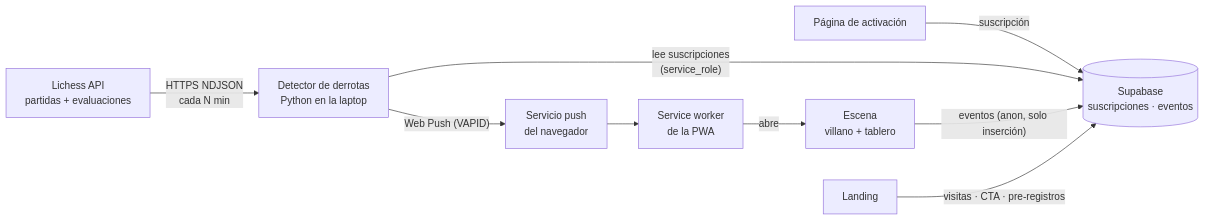
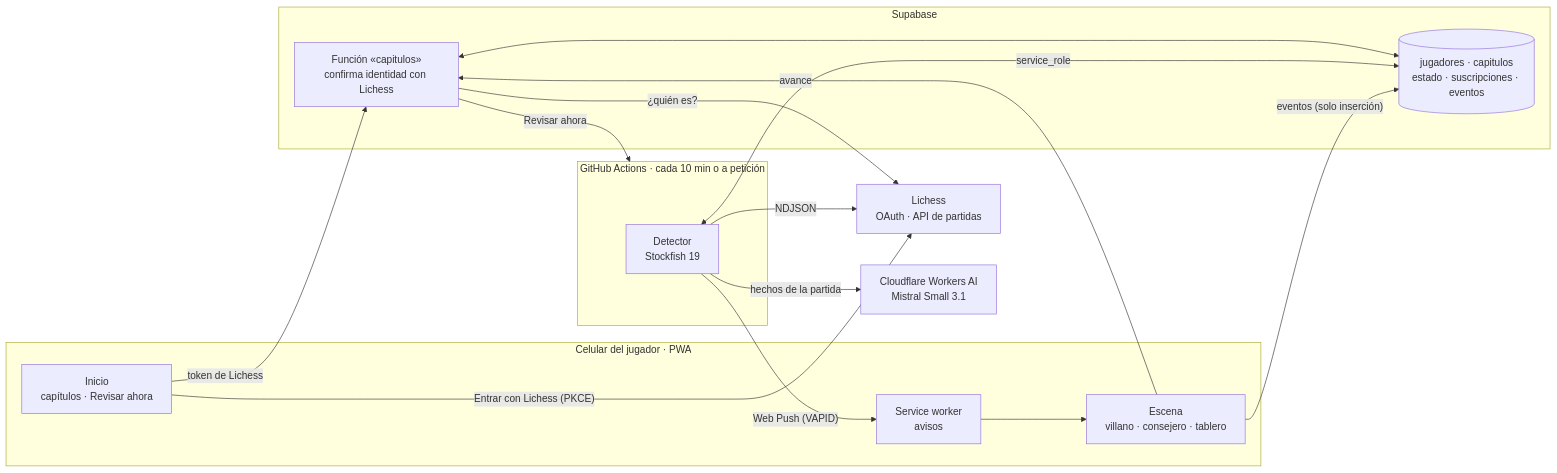
One commit to Vidddda/Portafolio-193167 changed the diagram in docs/proyecto_final.md. Above: the diagram before and after it, drawn with Mermaid. The commit also changed other lines of this file and 1 other file, not shown here.

Commit message:
PI4: proyecto final y README con el prototipo del 24/11/2026

````diff
--- a/docs/proyecto_final.md
+++ b/docs/proyecto_final.md
@@ -182,11 +182,30 @@
 ```mermaid
 flowchart LR
-    LI["Lichess API<br/>partidas + evaluaciones"] -->|"HTTPS NDJSON<br/>cada N min"| DET["Detector de derrotas<br/>Python en la laptop"]
-    DET -->|"Web Push (VAPID)"| PUSH["Servicio push<br/>del navegador"]
-    PUSH --> SW["Service worker<br/>de la PWA"]
-    SW -->|"abre"| ESC["Escena<br/>villano + tablero"]
-    ACT["Página de activación"] -->|"suscripción"| SB[("Supabase<br/>suscripciones · eventos")]
-    DET -->|"lee suscripciones<br/>(service_role)"| SB
-    ESC -->|"eventos (anon, solo inserción)"| SB
-    LAND["Landing"] -->|"visitas · CTA · pre-registros"| SB
+    subgraph CEL["Celular del jugador · PWA"]
+        INI["Inicio<br/>capítulos · Revisar ahora"]
+        ESC["Escena<br/>villano · consejero · tablero"]
+        SW["Service worker<br/>avisos"]
+    end
+    LI["Lichess<br/>OAuth · API de partidas"]
+    subgraph SB["Supabase"]
+        FN["Función «capitulos»<br/>confirma identidad con Lichess"]
+        DB[("jugadores · capitulos<br/>estado · suscripciones · eventos")]
+    end
+    subgraph GH["GitHub Actions · cada 10 min o a petición"]
+        DET["Detector<br/>Stockfish 19"]
+    end
+    IA["Cloudflare Workers AI<br/>Mistral Small 3.1"]
+
+    INI -->|"Entrar con Lichess (PKCE)"| LI
+    INI -->|"token de Lichess"| FN
+    FN -->|"¿quién es?"| LI
+    FN <--> DB
+    FN -->|"Revisar ahora"| GH
+    DET -->|"NDJSON"| LI
+    DET -->|"hechos de la partida"| IA
+    DET <-->|"service_role"| DB
+    DET -->|"Web Push (VAPID)"| SW
+    SW --> ESC
+    ESC -->|"avance"| FN
+    ESC -->|"eventos (solo inserción)"| DB
 ```
````
